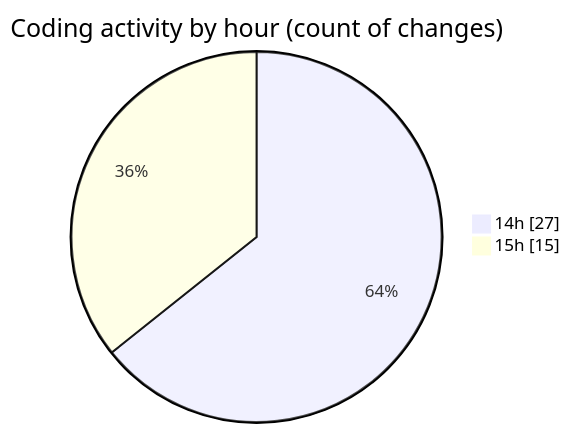
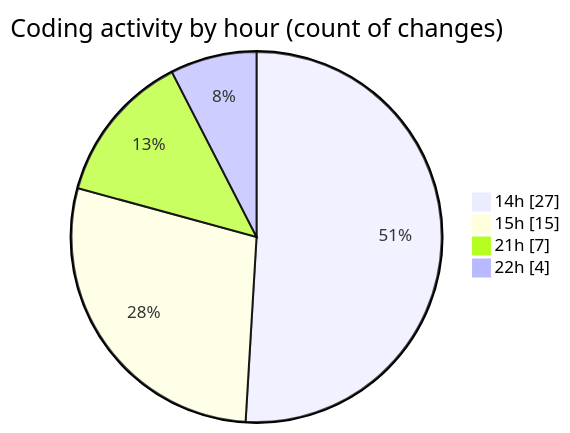
Before and after one commit to Netris89/code-tracking: the second of 2 diagrams in 2025-03-22/back-end/README.md, drawn with Mermaid. The commit also changed other lines of this file and 1 other file, not shown here.

````diff
--- a/2025-03-22/back-end/README.md
+++ b/2025-03-22/back-end/README.md
@@ -32,6 +33,8 @@
 ```mermaid
 pie showData
 title Coding activity by hour (count of changes)
 "14h" : 27
 "15h" : 15
+"21h" : 7
+"22h" : 4
 ```
````
